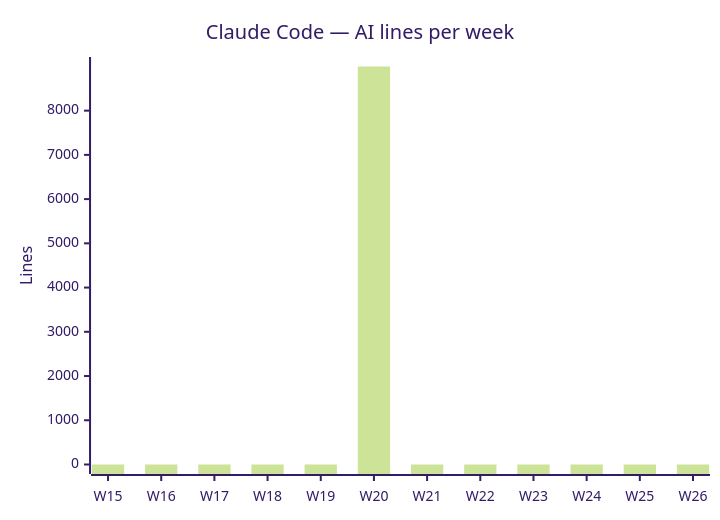
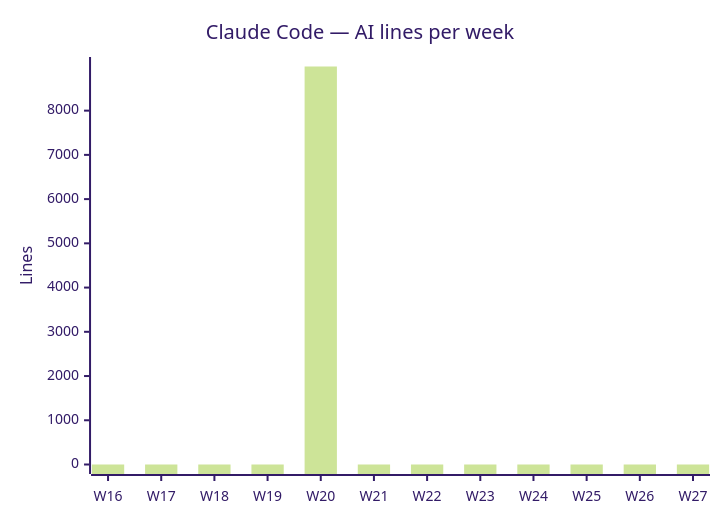
One commit to fromwaydowntown/ai-use changed the second of 4 diagrams in docs/AI_USAGE.md. Above: the diagram before and after it, drawn with Mermaid (forest theme). The commit also changed other lines of this file, not shown here.

````diff
--- a/docs/AI_USAGE.md
+++ b/docs/AI_USAGE.md
@@ -29,7 +29,7 @@
 ```mermaid
 xychart-beta
     title "Claude Code — AI lines per week"
-    x-axis ["W15", "W16", "W17", "W18", "W19", "W20", "W21", "W22", "W23", "W24", "W25", "W26"]
+    x-axis ["W16", "W17", "W18", "W19", "W20", "W21", "W22", "W23", "W24", "W25", "W26", "W27"]
     y-axis "Lines"
-    bar [0, 0, 0, 0, 0, 8998, 0, 0, 0, 0, 0, 0]
+    bar [0, 0, 0, 0, 8998, 0, 0, 0, 0, 0, 0, 0]
 ```
````
